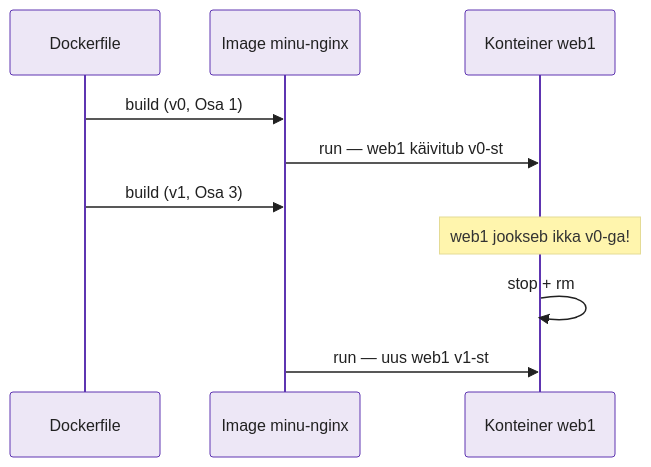
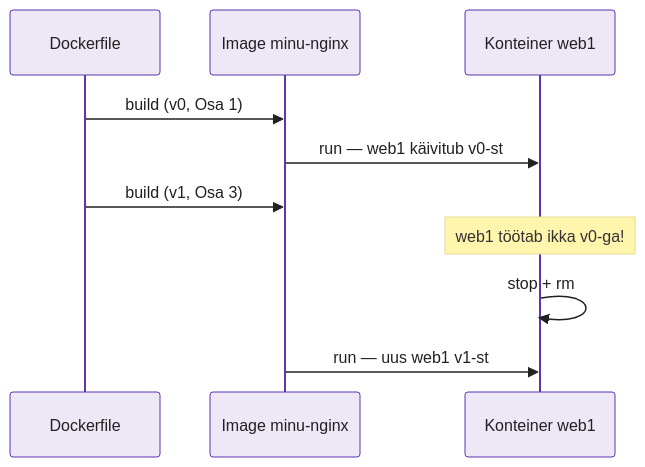
The second of 3 diagrams in docs/week05/lab.md (hkhk-automation/devops), drawn with Mermaid before and after one commit. The commit also changed other lines of this file and 7 other files, not shown here.

````diff
--- a/docs/week05/lab.md
+++ b/docs/week05/lab.md
@@ -365,13 +363,13 @@
 ```mermaid
 %%{init: {'theme':'base','themeVariables':{'primaryColor':'#ede7f6','primaryBorderColor':'#5e35b1','primaryTextColor':'#212121','lineColor':'#7e57c2'}}}%%
 sequenceDiagram
     participant D as Dockerfile
     participant I as Image minu-nginx
     participant C as Konteiner web1
     D->>I: build (v0, Osa 1)
     I->>C: run — web1 käivitub v0-st
     D->>I: build (v1, Osa 3)
-    Note over C: web1 jookseb ikka v0-ga!
+    Note over C: web1 töötab ikka v0-ga!
     C->>C: stop + rm
     I->>C: run — uus web1 v1-st
 ```
````
